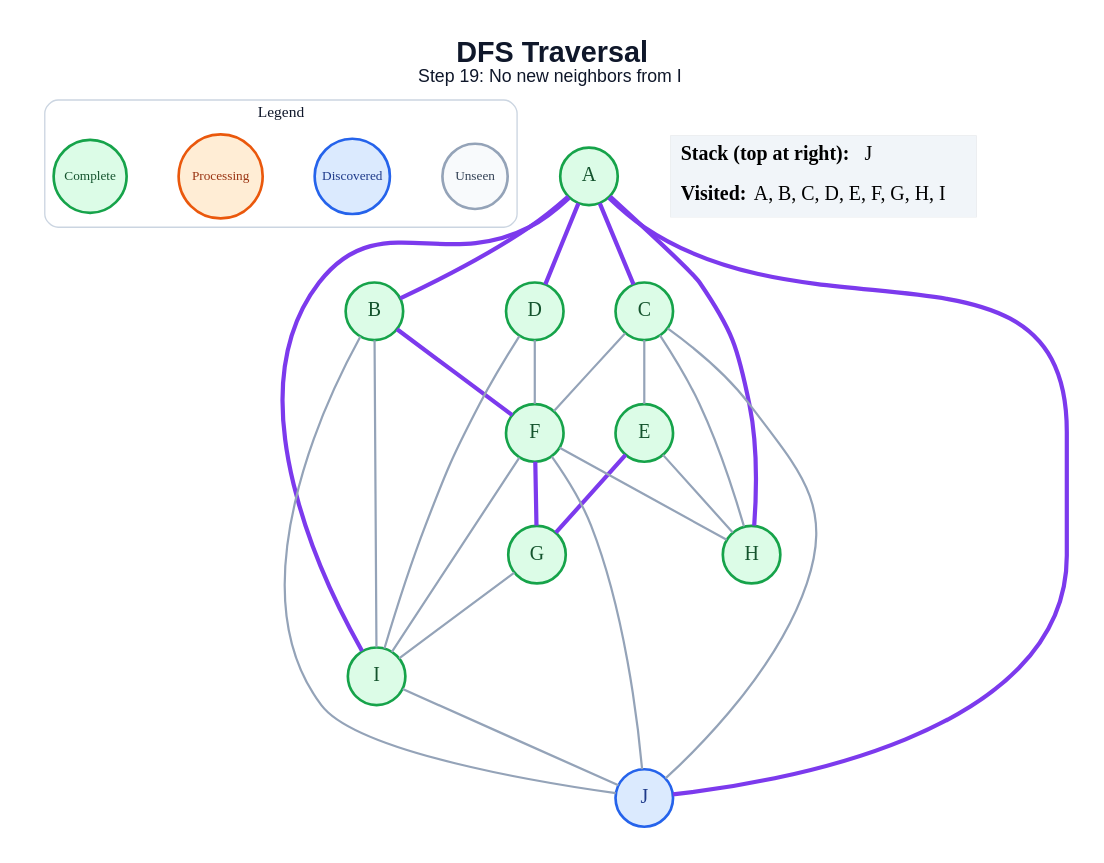
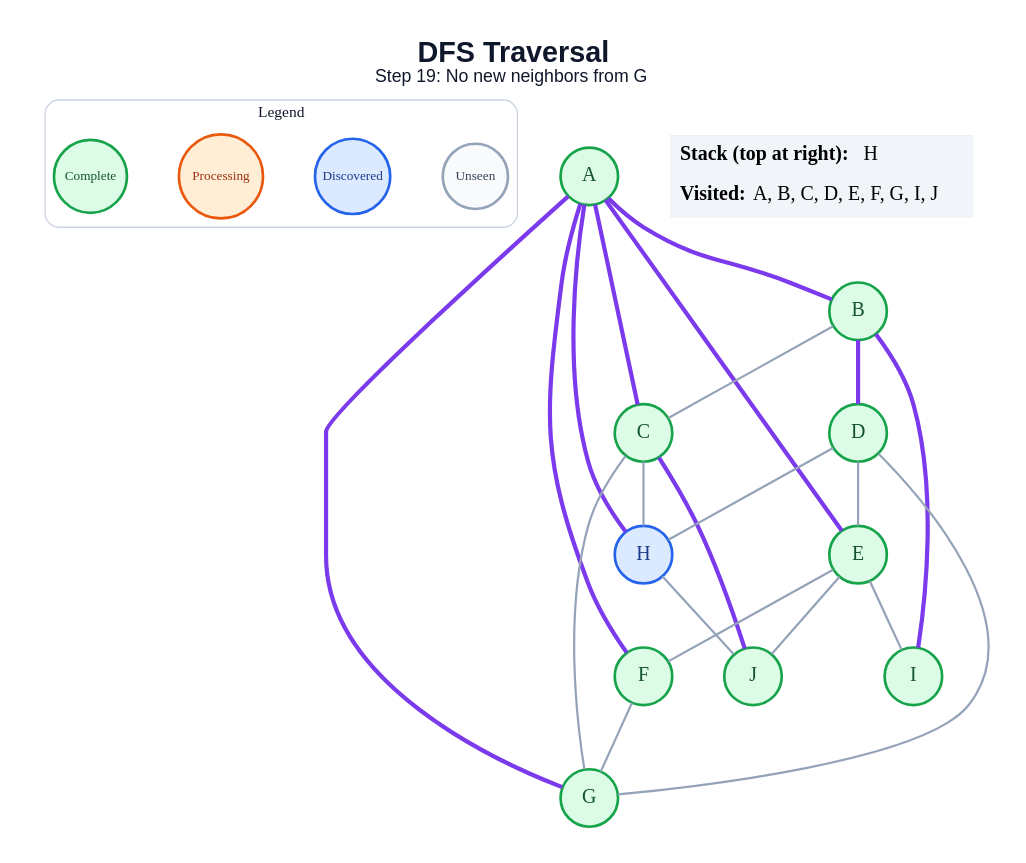
One commit to amanghodawala9/ai-slop changed the diagram in generated/dfs/step_19.dot. Above: the diagram before and after it, drawn with Graphviz. The commit also changed 178 other files, not shown here.

```diff
--- a/generated/dfs/step_19.dot
+++ b/generated/dfs/step_19.dot
@@ -1,52 +1,49 @@
 graph traversal {
   graph [layout=dot, rankdir=TB, bgcolor="#FFFFFF", pad="0.35", nodesep="0.65", ranksep="0.8", fontname="Arial"];
   node [shape=circle, style="filled", fontname="Arial Bold", fontsize=18, width=0.72, fixedsize=true, penwidth=2.4];
   edge [color="#94A3B8", penwidth=2.0];
-  label=<<B>DFS Traversal</B><BR/><FONT POINT-SIZE="16">Step 19: No new neighbors from I</FONT>>; labelloc="t"; fontsize=26; fontname="Arial"; fontcolor="#0F172A";
+  label=<<B>DFS Traversal</B><BR/><FONT POINT-SIZE="16">Step 19: No new neighbors from G</FONT>>; labelloc="t"; fontsize=26; fontname="Arial"; fontcolor="#0F172A";
   subgraph cluster_legend { label="Legend"; color="#CBD5E1"; penwidth=1.2; style="rounded"; fontsize=14; fontname="Arial Bold";
     key_unseen [label="Unseen", fillcolor="#F8FAFC", color="#94A3B8", fontcolor="#334155", fontsize=12, width=0.82];
     key_frontier [label="Discovered", fillcolor="#DBEAFE", color="#2563EB", fontcolor="#1E3A8A", fontsize=12, width=0.95];
     key_current [label="Processing", fillcolor="#FFEDD5", color="#EA580C", fontcolor="#9A3412", fontsize=12, width=1.05];
     key_done [label="Complete", fillcolor="#DCFCE7", color="#16A34A", fontcolor="#14532D", fontsize=12, width=0.92];
     { rank=same; key_unseen; key_frontier; key_current; key_done; }
   }
   A [fillcolor="#DCFCE7", color="#16A34A", fontcolor="#14532D"];
   B [fillcolor="#DCFCE7", color="#16A34A", fontcolor="#14532D"];
   C [fillcolor="#DCFCE7", color="#16A34A", fontcolor="#14532D"];
   D [fillcolor="#DCFCE7", color="#16A34A", fontcolor="#14532D"];
   E [fillcolor="#DCFCE7", color="#16A34A", fontcolor="#14532D"];
   F [fillcolor="#DCFCE7", color="#16A34A", fontcolor="#14532D"];
   G [fillcolor="#DCFCE7", color="#16A34A", fontcolor="#14532D"];
-  H [fillcolor="#DCFCE7", color="#16A34A", fontcolor="#14532D"];
+  H [fillcolor="#DBEAFE", color="#2563EB", fontcolor="#1E3A8A"];
   I [fillcolor="#DCFCE7", color="#16A34A", fontcolor="#14532D"];
-  J [fillcolor="#DBEAFE", color="#2563EB", fontcolor="#1E3A8A"];
+  J [fillcolor="#DCFCE7", color="#16A34A", fontcolor="#14532D"];
   A -- B [color="#7C3AED", penwidth=3.8];
   A -- C [color="#7C3AED", penwidth=3.8];
-  A -- D [color="#7C3AED", penwidth=3.8];
+  A -- E [color="#7C3AED", penwidth=3.8];
+  A -- F [color="#7C3AED", penwidth=3.8];
+  A -- G [color="#7C3AED", penwidth=3.8];
   A -- H [color="#7C3AED", penwidth=3.8];
-  A -- I [color="#7C3AED", penwidth=3.8];
-  A -- J [color="#7C3AED", penwidth=3.8];
-  B -- F [color="#7C3AED", penwidth=3.8];
-  B -- I;
-  B -- J;
-  C -- E;
-  C -- F;
+  B -- C;
+  B -- D [color="#7C3AED", penwidth=3.8];
+  B -- I [color="#7C3AED", penwidth=3.8];
+  C -- G;
   C -- H;
-  C -- J;
-  D -- F;
-  D -- I;
-  E -- G [color="#7C3AED", penwidth=3.8];
-  E -- H;
-  F -- G [color="#7C3AED", penwidth=3.8];
-  F -- H;
-  F -- I;
-  F -- J;
-  G -- I;
-  I -- J;
+  C -- J [color="#7C3AED", penwidth=3.8];
+  D -- E;
+  D -- G;
+  D -- H;
+  E -- F;
+  E -- I;
+  E -- J;
+  F -- G;
+  H -- J;
   status [shape=plain, fixedsize=false, width=0, height=0, margin=0, label=<
     <TABLE BORDER="0" CELLBORDER="0" CELLPADDING="7" BGCOLOR="#F1F5F9">
-      <TR><TD ALIGN="LEFT"><B>Stack (top at right):</B> J</TD></TR>
-      <TR><TD ALIGN="LEFT"><B>Visited:</B> A, B, C, D, E, F, G, H, I</TD></TR>
+      <TR><TD ALIGN="LEFT"><B>Stack (top at right):</B> H</TD></TR>
+      <TR><TD ALIGN="LEFT"><B>Visited:</B> A, B, C, D, E, F, G, I, J</TD></TR>
     </TABLE>
   >];
 }
```
